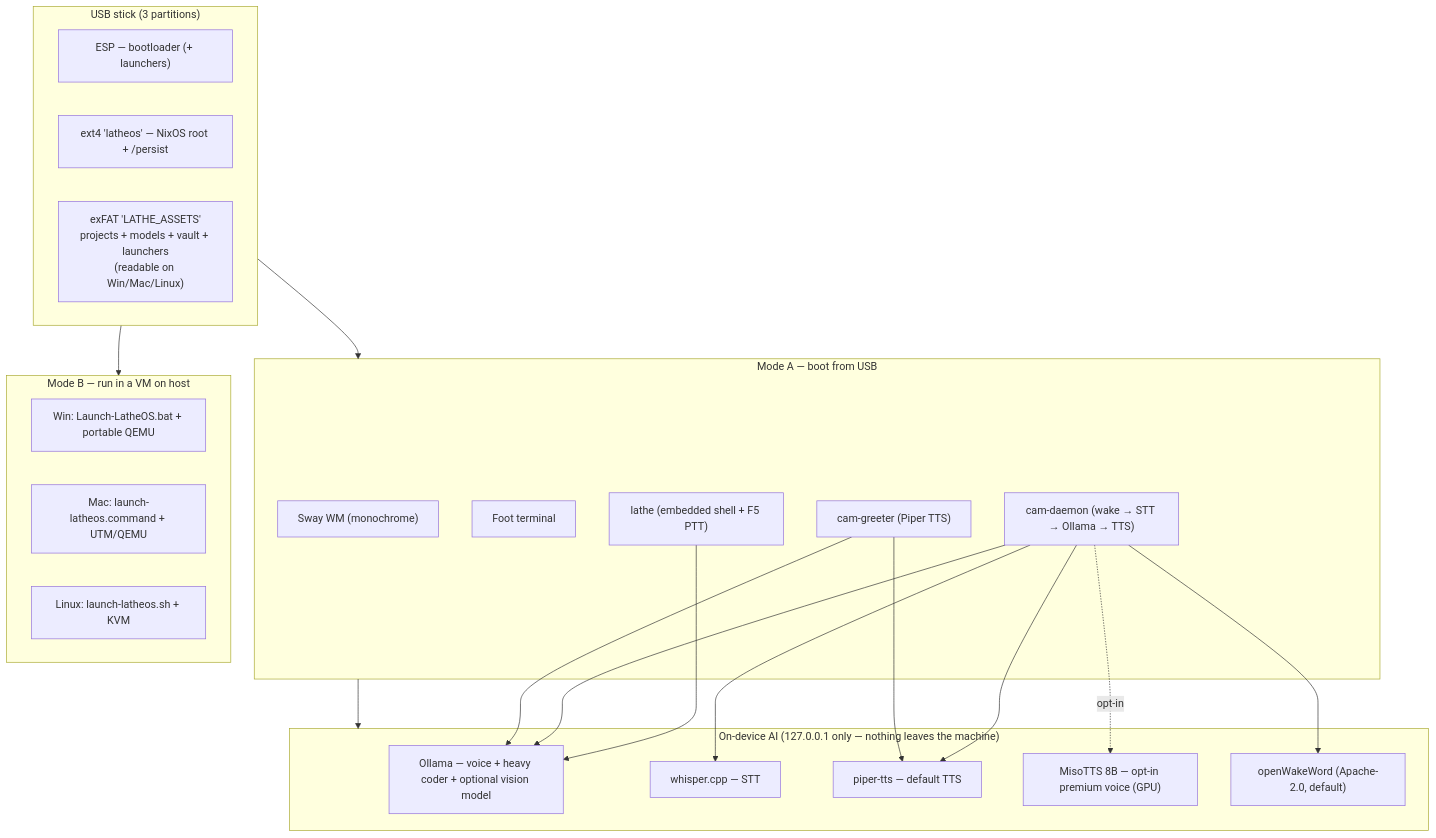
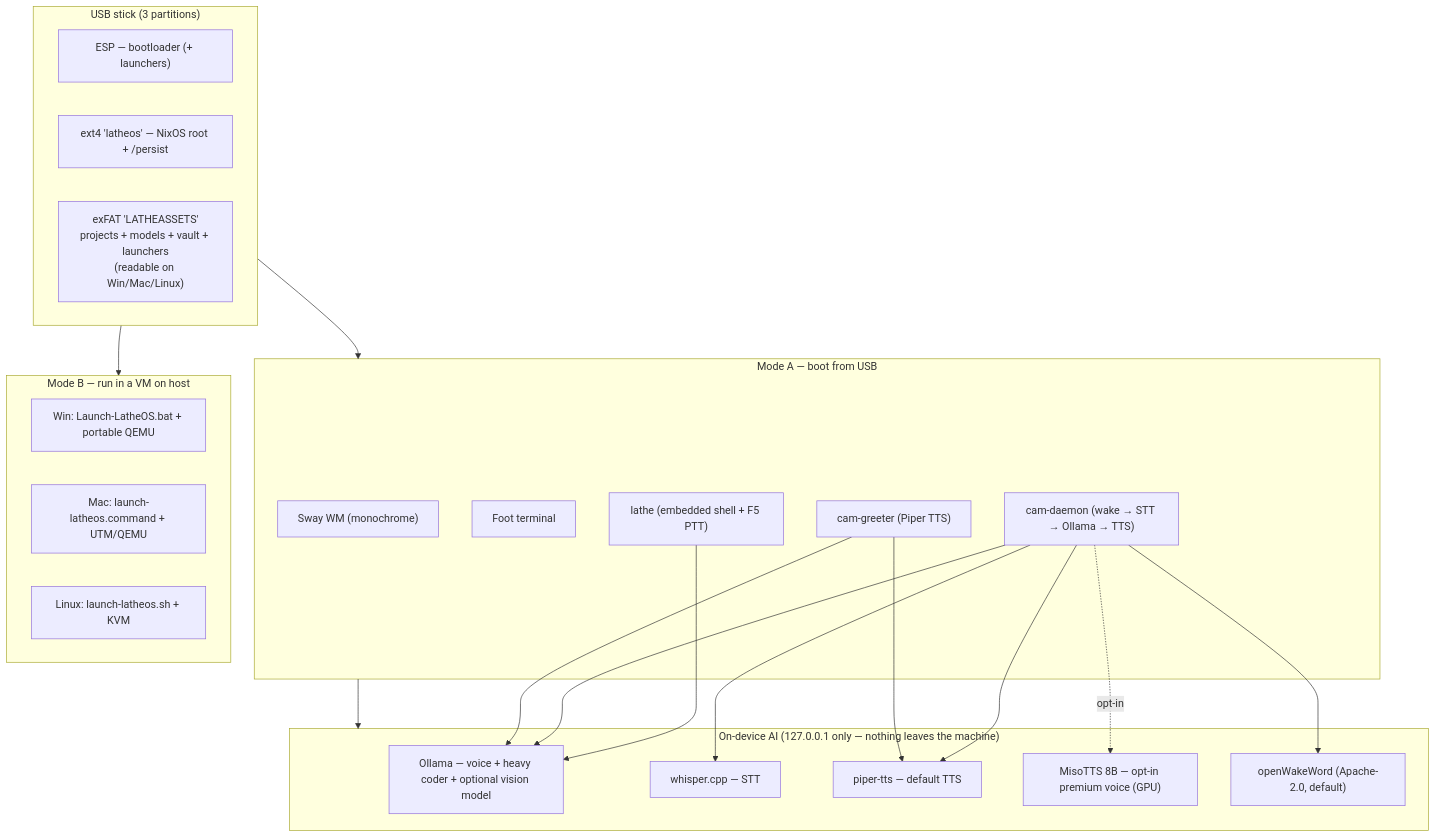
The first of 2 diagrams in docs/PLAN.md (haminxx/LatheOS), drawn with Mermaid before and after one commit. The commit also changed 14 other files, not shown here.

First line of the commit message:
fix(image): shorten exFAT label to LATHEASSETS (exFAT 11-char limit)

````diff
--- a/docs/PLAN.md
+++ b/docs/PLAN.md
@@ -20,42 +20,42 @@
 ```mermaid
 flowchart TB
   subgraph USB["USB stick (3 partitions)"]
     ESP["ESP — bootloader (+ launchers)"]
     EXT4["ext4 'latheos' — NixOS root + /persist"]
-    EXFAT["exFAT 'LATHE_ASSETS'\nprojects + models + vault + launchers\n(readable on Win/Mac/Linux)"]
+    EXFAT["exFAT 'LATHEASSETS'\nprojects + models + vault + launchers\n(readable on Win/Mac/Linux)"]
   end
 
   subgraph BOOT["Mode A — boot from USB"]
     Sway["Sway WM (monochrome)"]
     Foot["Foot terminal"]
     Greeter["cam-greeter (Piper TTS)"]
     Lathe["lathe (embedded shell + F5 PTT)"]
     CamD["cam-daemon (wake → STT → Ollama → TTS)"]
   end
 
   subgraph VM["Mode B — run in a VM on host"]
     QWin["Win: Launch-LatheOS.bat + portable QEMU"]
     QMac["Mac: launch-latheos.command + UTM/QEMU"]
     QLin["Linux: launch-latheos.sh + KVM"]
   end
 
   subgraph AI["On-device AI (127.0.0.1 only — nothing leaves the machine)"]
     Ollama["Ollama — voice + heavy coder + optional vision model"]
     Whisper["whisper.cpp — STT"]
     Piper["piper-tts — default TTS"]
     Miso["MisoTTS 8B — opt-in premium voice (GPU)"]
     OWW["openWakeWord (Apache-2.0, default)"]
   end
 
   USB --> BOOT
   USB --> VM
   BOOT --> AI
   Lathe --> Ollama
   CamD --> OWW
   CamD --> Whisper
   CamD --> Ollama
   CamD --> Piper
   CamD -.opt-in.-> Miso
   Greeter --> Piper
   Greeter --> Ollama
 ```
````
